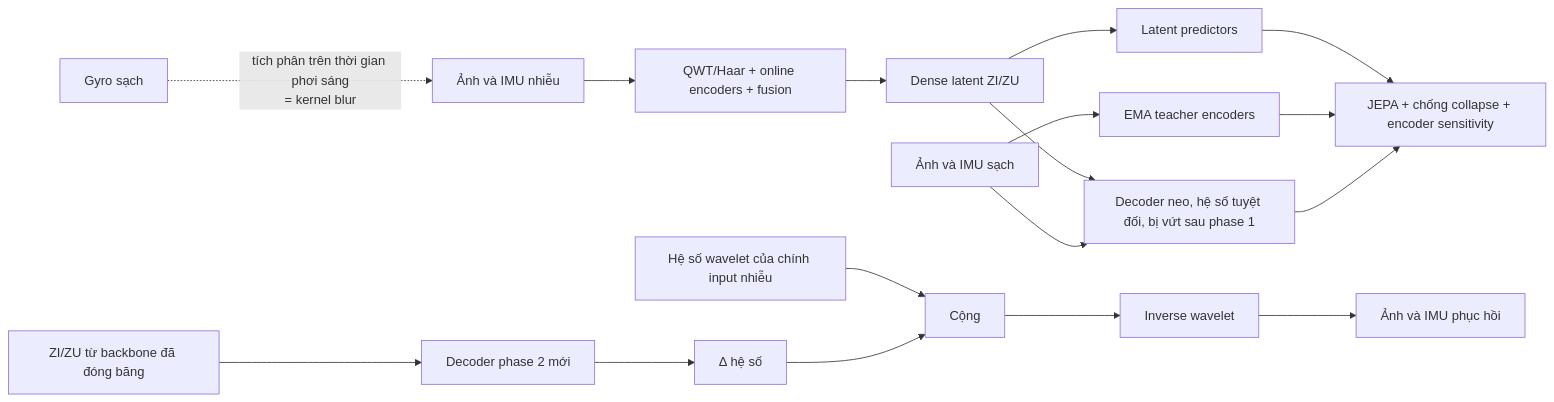
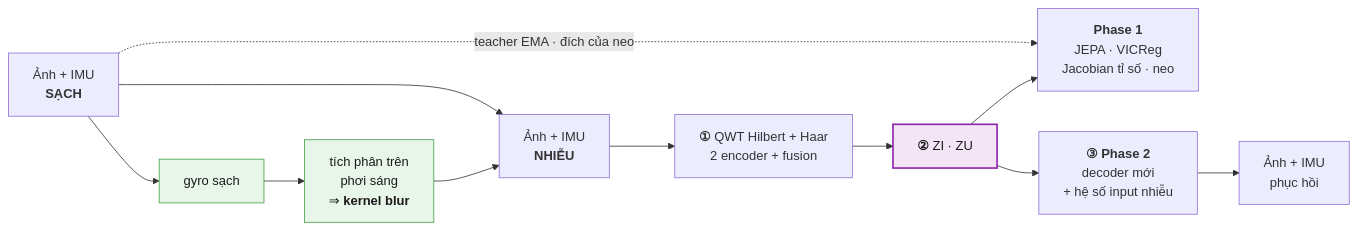
Before and after one commit to leesanghyoek/qwt_jepa_ver3: the first of 4 diagrams in README.md, drawn with Mermaid. The commit also changed other lines of this file, not shown here.

Commit message:
Redraw the overview and phase-1 diagrams for the new architecture
The overview now shows where blur comes from, which is the change a reader
most needs to see: the clean gyro integrated over the exposure produces the
kernel, and only a noisy measurement of that motion reaches the IMU branch.

Laid out left to right after checking the render. A first attempt used nested
subgraphs and came out 1047x1570, which GitHub shrinks until the labels are
unreadable -- the exact failure this README already warns about. The flat
version is 1584x265.

The phase-1 diagram now shows two probes instead of one, with FI_clean as the
shared base point, since that is what the sensitivity term actually measures.

All four diagrams verified to render with mermaid-cli 11.17.0.

````diff
--- a/README.md
+++ b/README.md
@@ -70,19 +71,21 @@
 ```mermaid
 flowchart LR
-    G[Gyro sạch] -.-> |"tích phân trên thời gian phơi sáng<br/>= kernel blur"| N
-    N[Ảnh và IMU nhiễu] --> B[QWT/Haar + online encoders + fusion]
-    B --> Z[Dense latent ZI/ZU]
-    C[Ảnh và IMU sạch] --> T[EMA teacher encoders]
-    Z --> P[Latent predictors]
-    P --> L[JEPA + chống collapse + encoder sensitivity]
-    T --> L
-    Z --> A[Decoder neo, hệ số tuyệt đối, bị vứt sau phase 1]
-    C --> A
-    A --> L
-    Z2[ZI/ZU từ backbone đã đóng băng] --> D[Decoder phase 2 mới]
-    D --> DZ[Δ hệ số]
-    IN[Hệ số wavelet của chính input nhiễu] --> SUM[Cộng]
-    DZ --> SUM
-    SUM --> W[Inverse wavelet]
-    W --> R[Ảnh và IMU phục hồi]
+    CL["Ảnh + IMU<br/><b>SẠCH</b>"]
+    GY["gyro sạch"]
+    KER["tích phân trên<br/>phơi sáng<br/>⇒ <b>kernel blur</b>"]
+    NZ["Ảnh + IMU<br/><b>NHIỄU</b>"]
+    BB["<b>①</b> QWT Hilbert + Haar<br/>2 encoder + fusion"]
+    Z["<b>②</b> ZI · ZU"]
+    L1["<b>Phase 1</b><br/>JEPA · VICReg<br/>Jacobian tỉ số · neo"]
+    D["<b>③ Phase 2</b><br/>decoder mới<br/>+ hệ số input nhiễu"]
+    R["Ảnh + IMU<br/>phục hồi"]
+    CL --> GY --> KER --> NZ --> BB --> Z
+    CL --> NZ
+    Z --> L1
+    Z --> D --> R
+    CL -. "teacher EMA · đích của neo" .-> L1
+    classDef d fill:#e8f5e9,stroke:#43a047,color:#1a1a1a
+    classDef l fill:#f3e5f5,stroke:#8e24aa,stroke-width:2px,color:#1a1a1a
+    class GY,KER d
+    class Z l
 ```
````
